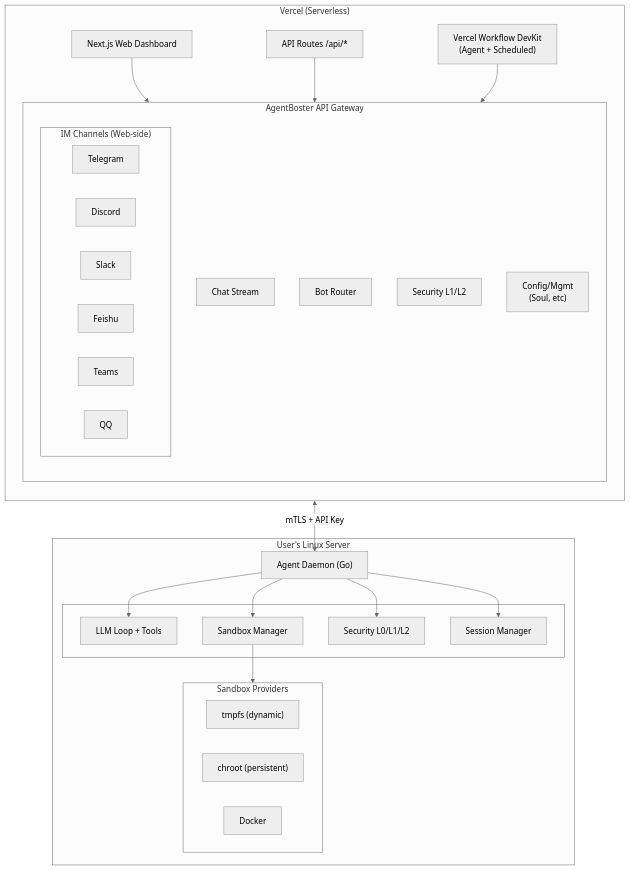
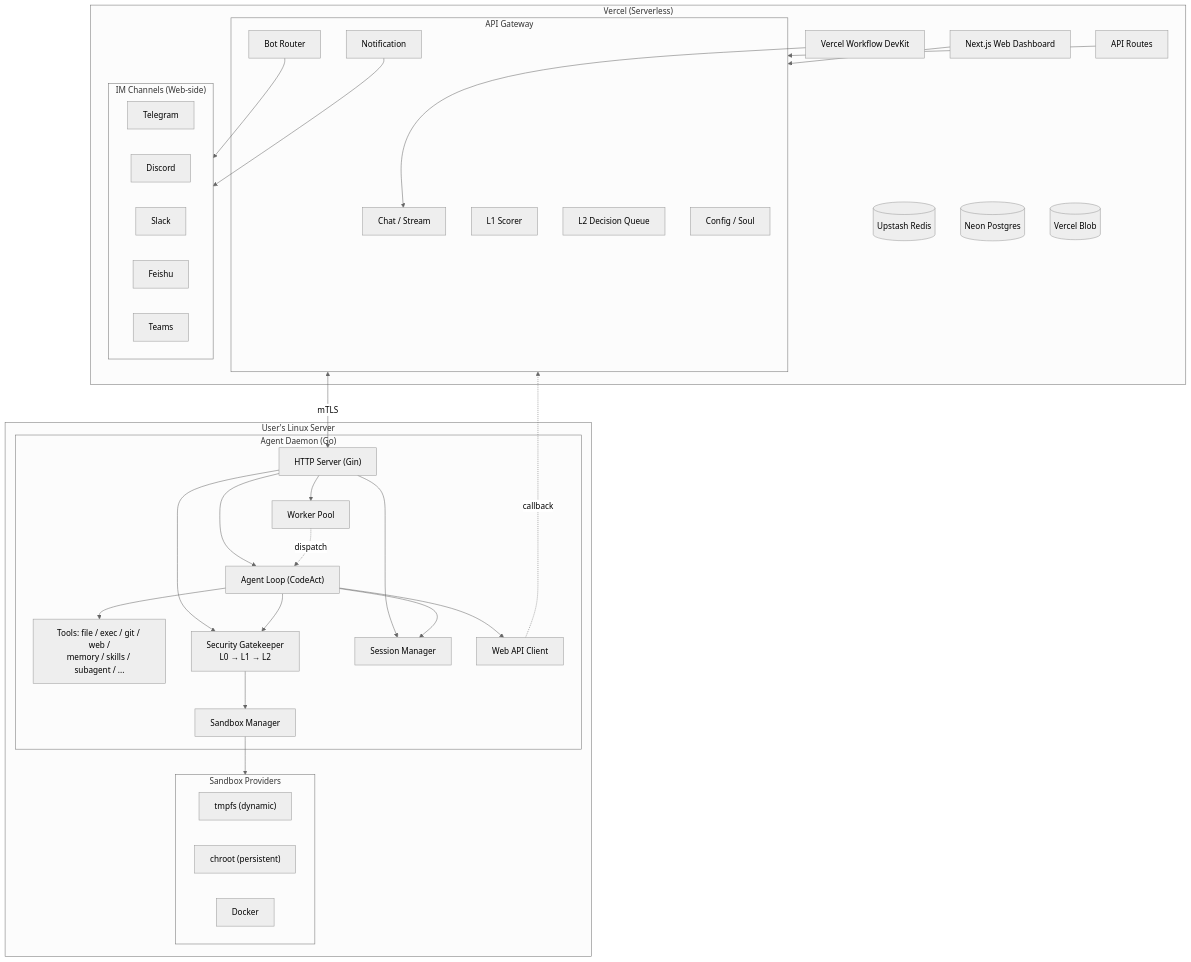
One commit to NekoSekaiMoe/agentboster changed the diagram in README.EN.md. Above: the diagram before and after it, drawn with Mermaid (neutral theme). The commit also changed 1 other file, not shown here.

````diff
--- a/README.EN.md
+++ b/README.EN.md
@@ -37,48 +37,65 @@
 ```mermaid
 flowchart TB
     subgraph Vercel["Vercel (Serverless)"]
-        direction TB
         Web["Next.js Web Dashboard"]
-        API["API Routes /api/*"]
-        Wf["Vercel Workflow DevKit<br/>(Agent + Scheduled)"]
-        subgraph Gateway["AgentBoster API Gateway"]
-            direction TB
-            Chat["Chat Stream"]
-            Bot["Bot Router"]
-            Sec["Security L1/L2"]
-            Cfg["Config/Mgmt<br/>(Soul, etc)"]
-            subgraph IM["IM Channels (Web-side)"]
-                Tg["Telegram"]
-                Dc["Discord"]
-                Sk["Slack"]
-                Fs["Feishu"]
-                Tm["Teams"]
-                Qq["QQ"]
-            end
+        API["API Routes"]
+        Wf["Vercel Workflow DevKit"]
+        subgraph Gateway["API Gateway"]
+            Chat["Chat / Stream"]
+            BotR["Bot Router"]
+            L1["L1 Scorer"]
+            L2Q["L2 Decision Queue"]
+            CfgMgmt["Config / Soul"]
+            Notif["Notification"]
         end
+        subgraph IM["IM Channels (Web-side)"]
+            Tg["Telegram"]
+            Dc["Discord"]
+            Sk["Slack"]
+            Fs["Feishu"]
+            Tm["Teams"]
+        end
+        KV[("Upstash Redis")]
+        DB[("Neon Postgres")]
+        Blob[("Vercel Blob")]
     end
 
     Web --> Gateway
     API --> Gateway
-    Wf --> Gateway
+    Wf --> Chat
+    BotR --> IM
+    Notif --> IM
 
-    Gateway <-->|"mTLS + API Key"| Daemon
+    Gateway <-->|"mTLS"| DaemonAPI
 
-    subgraph Server["User's Linux Server"]
-        Daemon["Agent Daemon (Go)"]
-        subgraph DaemonInner[" "]
-            LLM["LLM Loop + Tools"]
-            Sbx["Sandbox Manager"]
-            SecD["Security L0/L1/L2"]
-            Ses["Session Manager"]
+    subgraph Linux["User's Linux Server"]
+        subgraph Daemon["Agent Daemon (Go)"]
+            DaemonAPI["HTTP Server (Gin)"]
+            AgentLoop["Agent Loop (CodeAct)"]
+            Tools["Tools: file / exec / git / web /<br/>memory / skills / subagent / ..."]
+            Gate["Security Gatekeeper<br/>L0 → L1 → L2"]
+            SbxMgr["Sandbox Manager"]
+            SesMgr["Session Manager"]
+            Pool["Worker Pool"]
+            Claw["Web API Client"]
         end
         subgraph SP["Sandbox Providers"]
             Tmp["tmpfs (dynamic)"]
             Chr["chroot (persistent)"]
             Dok["Docker"]
         end
     end
 
-    Daemon --> LLM & Sbx & SecD & Ses
-    Sbx --> SP
+    DaemonAPI --> AgentLoop
+    DaemonAPI --> Gate
+    DaemonAPI --> SesMgr
+    DaemonAPI --> Pool
+    AgentLoop --> Tools
+    AgentLoop --> Gate
+    Gate --> SbxMgr
+    SbxMgr --> SP
+    AgentLoop --> SesMgr
+    AgentLoop --> Claw
+    Pool -.->|"dispatch"| AgentLoop
+    Claw -.->|"callback"| Gateway
 ```
````
